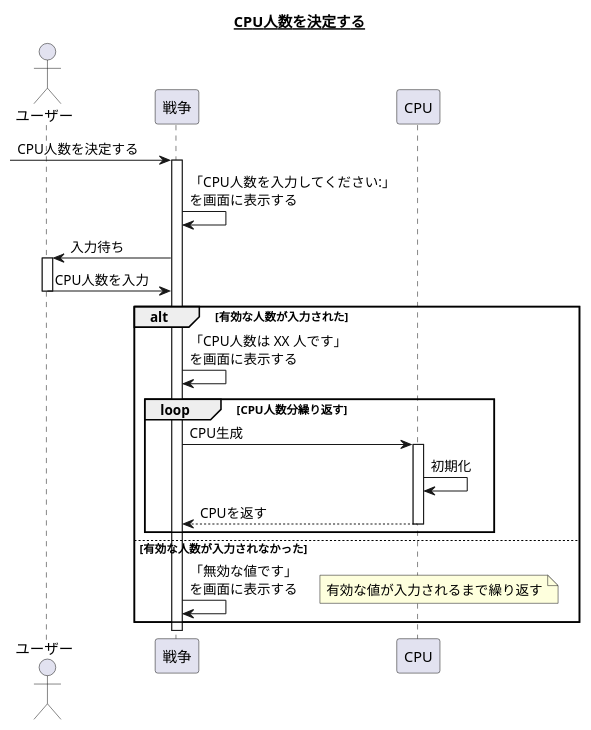
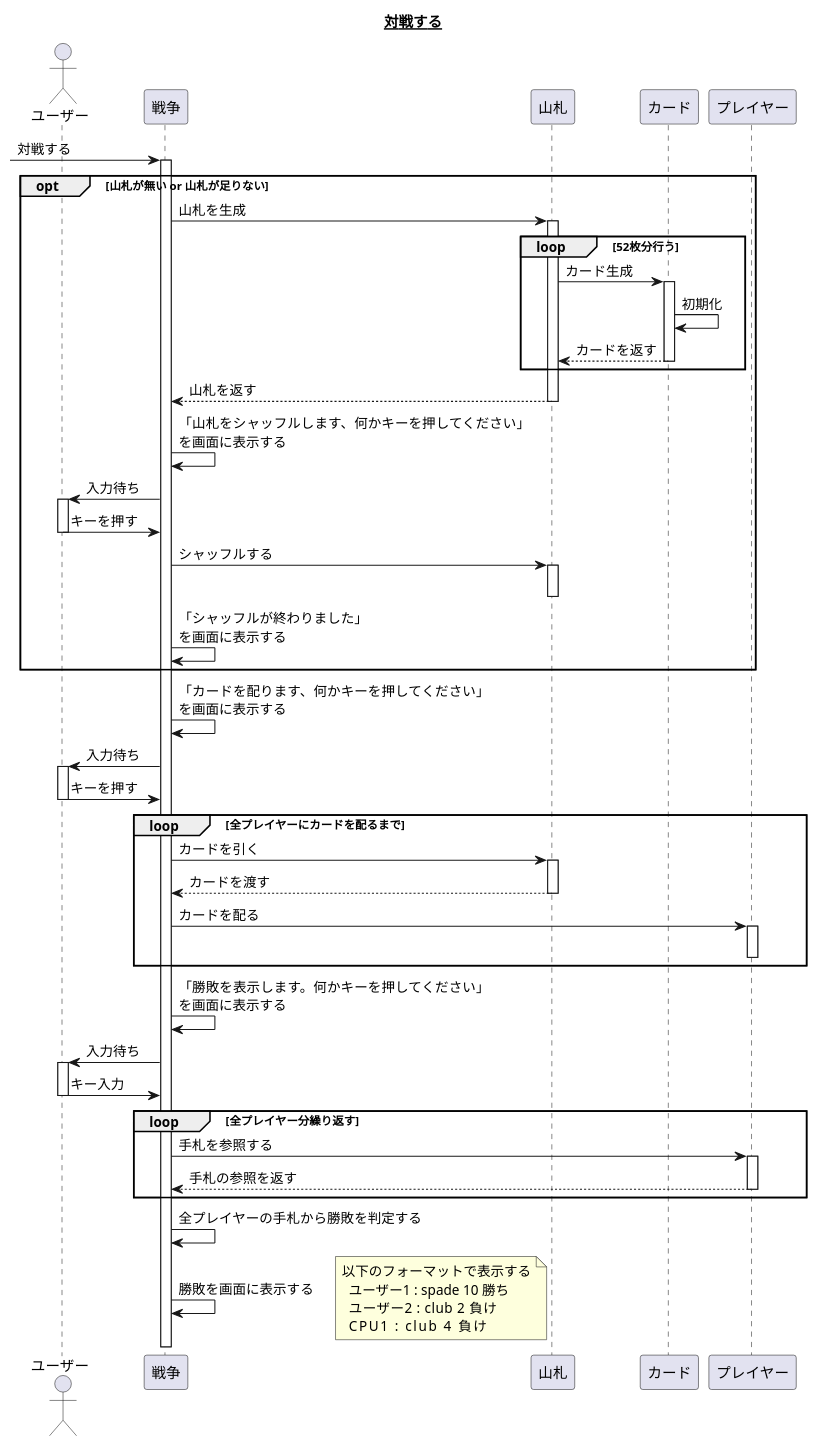
Before and after one commit to hachimitu22/study: the third of 5 diagrams in uml/CardGame/doc/design/sequence.md, drawn with PlantUML. The commit also changed other lines of this file and 1 other file, not shown here.

Commit message:
シーケンス図を連続して遊べるように変更

````diff
--- a/uml/CardGame/doc/design/sequence.md
+++ b/uml/CardGame/doc/design/sequence.md
@@ -95,33 +91,78 @@
 ```plantuml
 @startuml
 
-title __CPU人数を決定する__
+title __対戦する__
 
 actor ユーザー
 
-[-> 戦争 : CPU人数を決定する
+[-> 戦争 : 対戦する
 activate 戦争
 
-戦争 -> 戦争 : 「CPU人数を入力してください:」\nを画面に表示する
+opt 山札が無い or 山札が足りない
+  戦争 -> 山札 : 山札を生成
+  activate 山札
+  loop 52枚分行う
+    山札 -> カード : カード生成
+    activate カード
+    カード -> カード : 初期化
+    山札 <-- カード : カードを返す
+    deactivate カード
+  end
+  戦争 <-- 山札 : 山札を返す
+  deactivate 山札
+
+  戦争 -> 戦争 : 「山札をシャッフルします、何かキーを押してください」\nを画面に表示する
+  ユーザー <- 戦争 : 入力待ち
+  activate ユーザー
+  ユーザー -> 戦争 : キーを押す
+  deactivate ユーザー
+
+  戦争 -> 山札 : シャッフルする
+  activate 山札
+  deactivate 山札
+
+  戦争 -> 戦争 : 「シャッフルが終わりました」\nを画面に表示する
+end
+
+戦争 -> 戦争 : 「カードを配ります、何かキーを押してください」\nを画面に表示する
 ユーザー <- 戦争 : 入力待ち
 activate ユーザー
-ユーザー -> 戦争 : CPU人数を入力
+ユーザー -> 戦争 : キーを押す
 deactivate ユーザー
-alt 有効な人数が入力された
-  戦争 -> 戦争 : 「CPU人数は XX 人です」\nを画面に表示する
-  loop CPU人数分繰り返す
-    戦争 -> CPU : CPU生成
-    activate CPU
-    CPU -> CPU : 初期化
-    戦争 <-- CPU : CPUを返す
-    deactivate CPU
-  end
-else 有効な人数が入力されなかった
-  戦争 -> 戦争 : 「無効な値です」\nを画面に表示する
-  note right
-    有効な値が入力されるまで繰り返す
-  end note
+
+loop 全プレイヤーにカードを配るまで
+
+  戦争 -> 山札 : カードを引く
+  activate 山札
+  戦争 <-- 山札 : カードを渡す
+  deactivate 山札
+  戦争 -> プレイヤー : カードを配る
+  activate プレイヤー
+  deactivate プレイヤー
 end
+
+activate 戦争
+戦争 -> 戦争 : 「勝敗を表示します。何かキーを押してください」\nを画面に表示する
+ユーザー <- 戦争 : 入力待ち
+activate ユーザー
+ユーザー -> 戦争 : キー入力
+deactivate ユーザー
+
+loop 全プレイヤー分繰り返す
+  戦争 -> プレイヤー : 手札を参照する
+  activate プレイヤー
+  戦争 <-- プレイヤー : 手札の参照を返す
+  deactivate プレイヤー
+end
+
+戦争 -> 戦争 : 全プレイヤーの手札から勝敗を判定する
+戦争 -> 戦争 : 勝敗を画面に表示する
+note right
+  以下のフォーマットで表示する
+    ユーザー1 : spade 10 勝ち
+    ユーザー2 : club   2 負け
+    CPU1      : club   4 負け
+end note
 
 @enduml
 ```
````
